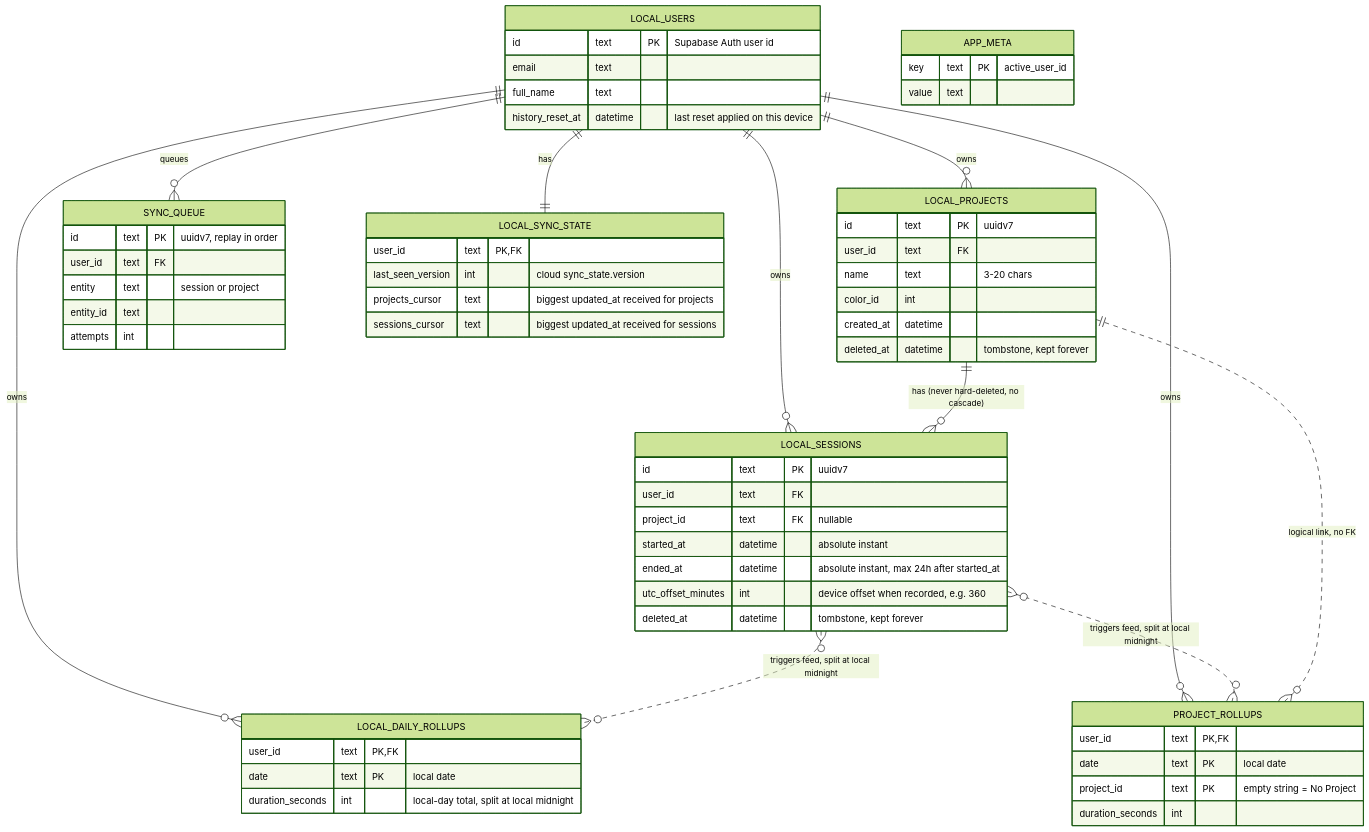
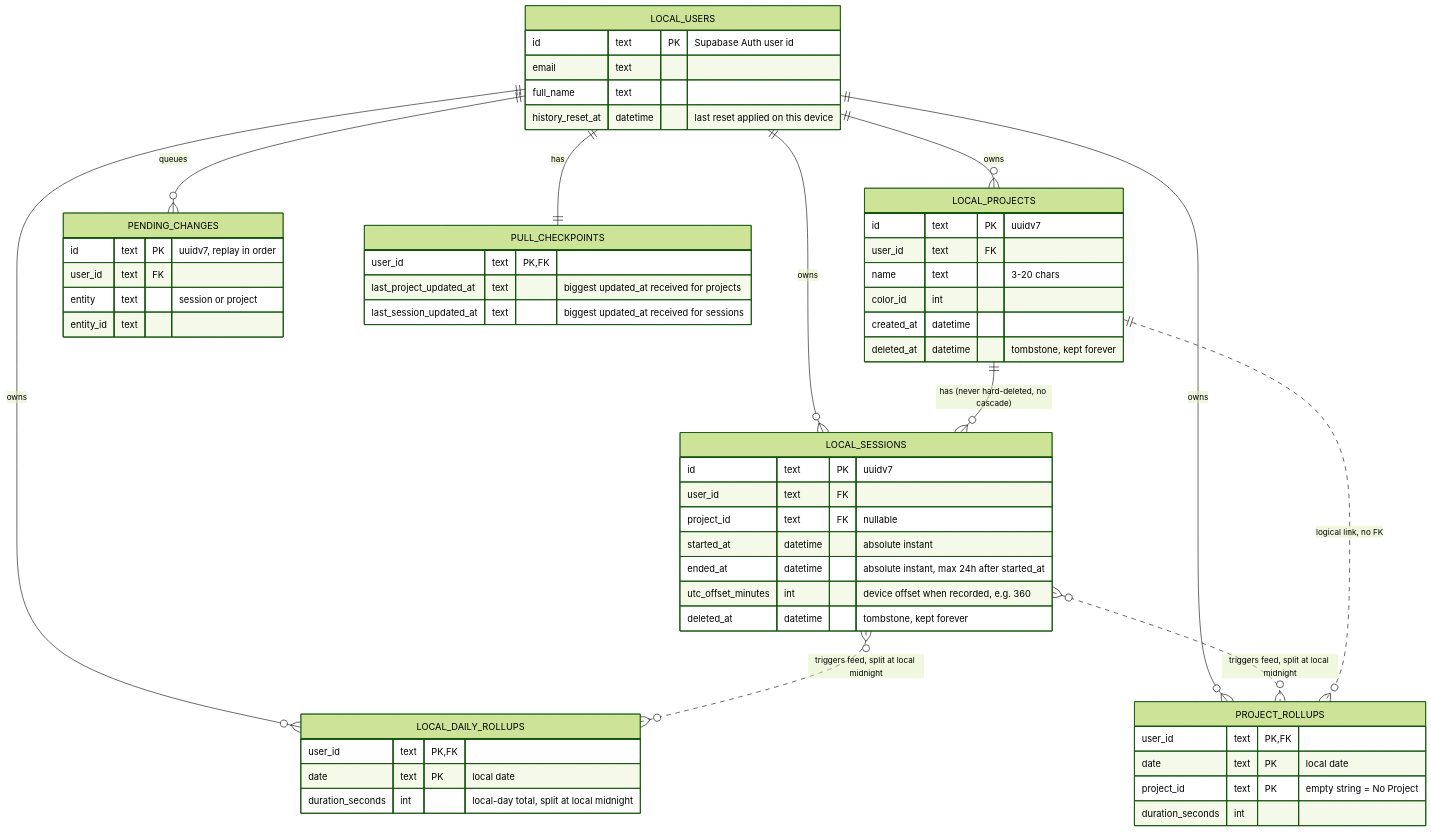
Before and after one commit to sardaar-niamotullah/tarkeez: the second of 3 diagrams in README.md, drawn with Mermaid (forest theme). The commit also changed other lines of this file, not shown here.

````diff
--- a/README.md
+++ b/README.md
@@ -287,65 +287,59 @@
 ```mermaid
 erDiagram
   LOCAL_USERS ||--o{ LOCAL_PROJECTS : owns
   LOCAL_USERS ||--o{ LOCAL_SESSIONS : owns
   LOCAL_USERS ||--o{ LOCAL_DAILY_ROLLUPS : owns
   LOCAL_USERS ||--o{ PROJECT_ROLLUPS : owns
-  LOCAL_USERS ||--o{ SYNC_QUEUE : queues
-  LOCAL_USERS ||--|| LOCAL_SYNC_STATE : has
+  LOCAL_USERS ||--o{ PENDING_CHANGES : queues
+  LOCAL_USERS ||--|| PULL_CHECKPOINTS : has
   LOCAL_PROJECTS ||--o{ LOCAL_SESSIONS : "has (never hard-deleted, no cascade)"
   LOCAL_SESSIONS }o..o{ LOCAL_DAILY_ROLLUPS : "triggers feed, split at local midnight"
   LOCAL_SESSIONS }o..o{ PROJECT_ROLLUPS : "triggers feed, split at local midnight"
   LOCAL_PROJECTS ||..o{ PROJECT_ROLLUPS : "logical link, no FK"
 
   LOCAL_USERS {
     id text PK "Supabase Auth user id"
     email text
     full_name text
     history_reset_at datetime "last reset applied on this device"
   }
   LOCAL_PROJECTS {
     id text PK "uuidv7"
     user_id text FK
     name text "3-20 chars"
     color_id int
     created_at datetime
     deleted_at datetime "tombstone, kept forever"
   }
   LOCAL_SESSIONS {
     id text PK "uuidv7"
     user_id text FK
     project_id text FK "nullable"
     started_at datetime "absolute instant"
     ended_at datetime "absolute instant, max 24h after started_at"
     utc_offset_minutes int "device offset when recorded, e.g. 360"
     deleted_at datetime "tombstone, kept forever"
   }
   LOCAL_DAILY_ROLLUPS {
     user_id text PK, FK
     date text PK "local date"
     duration_seconds int "local-day total, split at local midnight"
   }
   PROJECT_ROLLUPS {
     user_id text PK, FK
     date text PK "local date"
     project_id text PK "empty string = No Project"
     duration_seconds int
   }
-  SYNC_QUEUE {
+  PENDING_CHANGES {
     id text PK "uuidv7, replay in order"
     user_id text FK
     entity text "session or project"
     entity_id text
-    attempts int
   }
-  LOCAL_SYNC_STATE {
+  PULL_CHECKPOINTS {
     user_id text PK, FK
-    last_seen_version int "cloud sync_state.version"
-    projects_cursor text "biggest updated_at received for projects"
-    sessions_cursor text "biggest updated_at received for sessions"
-  }
-  APP_META {
-    key text PK "active_user_id"
-    value text
+    last_project_updated_at text "biggest updated_at received for projects"
+    last_session_updated_at text "biggest updated_at received for sessions"
   }
 ```
````
